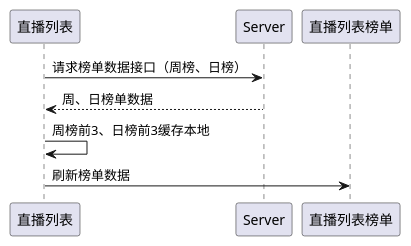
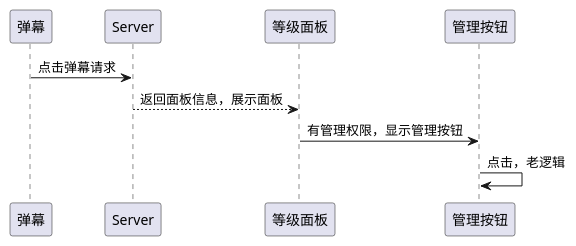
One commit to tangh233/Algorithm changed the diagram in alglibrary/src/main/java/com/tangh/alglibrary/java/666.puml. Above: the diagram before and after it, drawn with PlantUML. The commit also changed 6 other files, not shown here.

```diff
--- a/alglibrary/src/main/java/com/tangh/alglibrary/java/666.puml
+++ b/alglibrary/src/main/java/com/tangh/alglibrary/java/666.puml
@@ -1,13 +1,18 @@
 @startuml
 'Alice -> Bob: Authentication Request
 'Bob --> Alice: Authentication Response
 '
 'Alice -> Bob: Another authentication Request
 'Alice <-- Bob: another authentication Response
 
-直播列表->Server:请求榜单数据接口（周榜、日榜）
-Server-->直播列表:周、日榜单数据
-直播列表->直播列表:周榜前3、日榜前3缓存本地
-直播列表->直播列表榜单:刷新榜单数据
+'直播列表->Server:请求榜单数据接口（周榜、日榜）
+'Server-->直播列表:周、日榜单数据
+'直播列表->直播列表:周榜前3、日榜前3缓存本地
+'直播列表->直播列表榜单:刷新榜单数据
 
+
+弹幕->Server:点击弹幕请求
+Server-->等级面板:返回面板信息，展示面板
+等级面板->管理按钮:有管理权限，显示管理按钮
+管理按钮->管理按钮:点击，老逻辑
 @enduml
```
